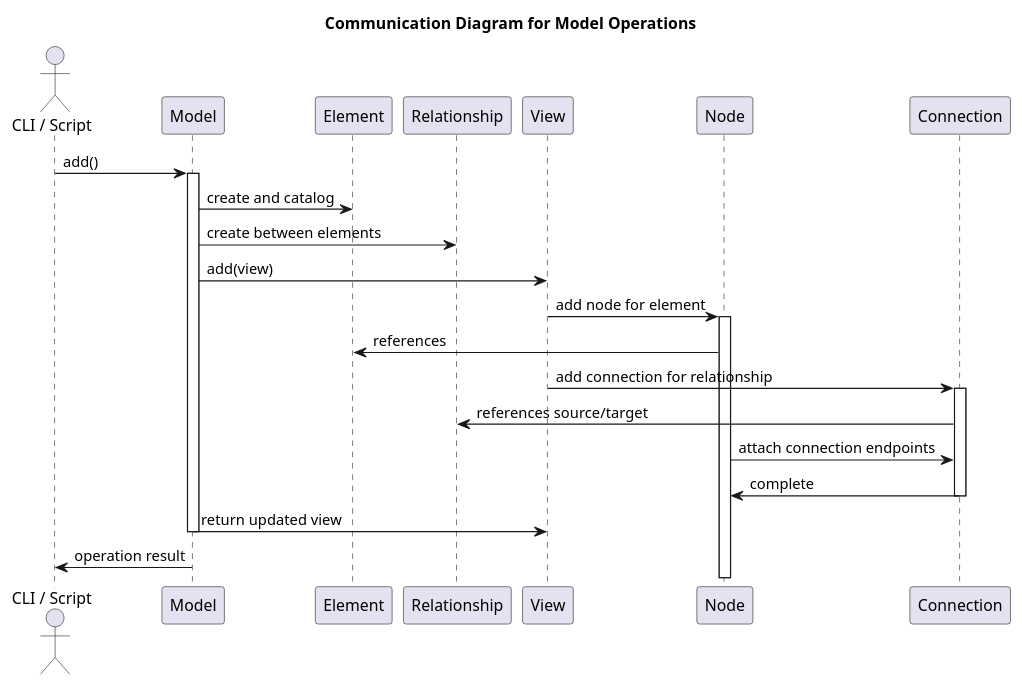
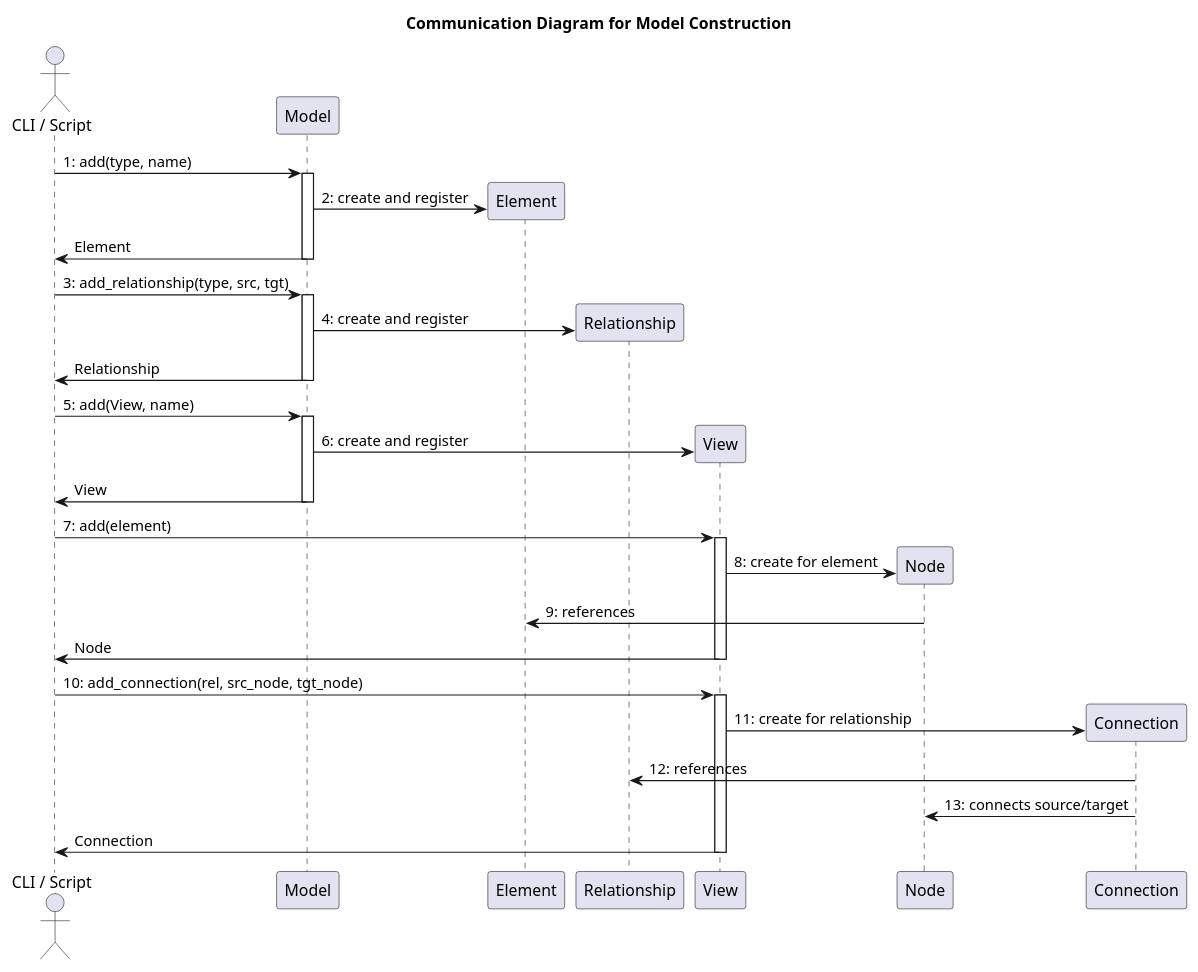
The diagram in docs/diagrams/communication.puml (pyArchimate/pyArchimate), drawn with PlantUML before and after one commit. The commit also changed 38 other files, not shown here.

First line of the commit message:
chore: add behave stubs, fix pre-push script, and update docs/diagrams

```diff
--- a/docs/diagrams/communication.puml
+++ b/docs/diagrams/communication.puml
@@ -1,25 +1,35 @@
 @startuml
-title Communication Diagram for Model Operations
+title Communication Diagram for Model Construction
 
 actor "CLI / Script" as CLI
 participant "Model" as Model
 participant "Element" as Element
 participant "Relationship" as Relationship
 participant "View" as View
 participant "Node" as Node
 participant "Connection" as Connection
 
-CLI -> Model ++ : add()
-Model -> Element : create and catalog
-Model -> Relationship : create between elements
-Model -> View : add(view)
-View -> Node ++ : add node for element
-Node -> Element : references
-View -> Connection ++ : add connection for relationship
-Connection -> Relationship : references source/target
-Node -> Connection : attach connection endpoints
-Connection -> Node -- : complete
-Model -> View -- : return updated view
-Model -> CLI -- : operation result
+CLI -> Model ++ : 1: add(type, name)
+Model -> Element ** : 2: create and register
+Model -> CLI -- : Element
+
+CLI -> Model ++ : 3: add_relationship(type, src, tgt)
+Model -> Relationship ** : 4: create and register
+Model -> CLI -- : Relationship
+
+CLI -> Model ++ : 5: add(View, name)
+Model -> View ** : 6: create and register
+Model -> CLI -- : View
+
+CLI -> View ++ : 7: add(element)
+View -> Node ** : 8: create for element
+Node -> Element : 9: references
+View -> CLI -- : Node
+
+CLI -> View ++ : 10: add_connection(rel, src_node, tgt_node)
+View -> Connection ** : 11: create for relationship
+Connection -> Relationship : 12: references
+Connection -> Node : 13: connects source/target
+View -> CLI -- : Connection
 
 @enduml
```
